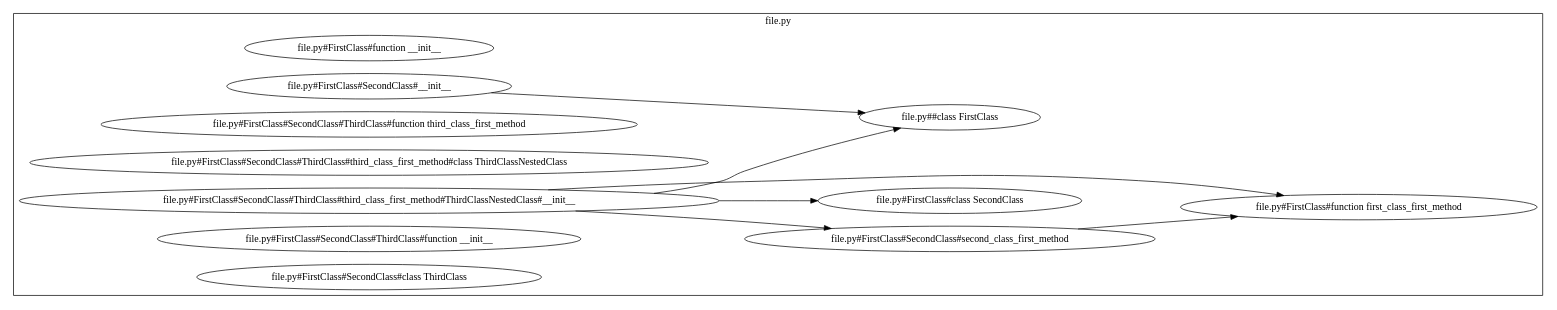
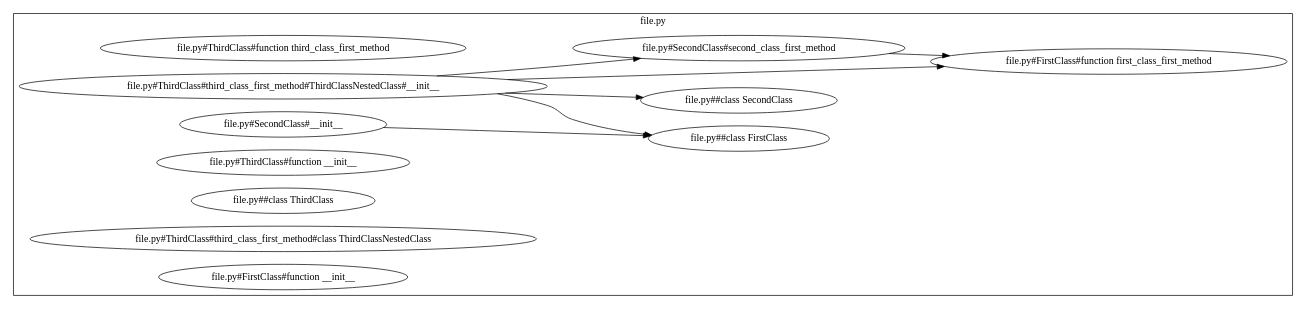
The diagram in examples/one_file/code_blocks.gv (selfint/CodeBlocks), drawn with Graphviz before and after one commit. The commit also changed 19 other files, not shown here.

```diff
--- a/examples/one_file/code_blocks.gv
+++ b/examples/one_file/code_blocks.gv
@@ -1,30 +1,30 @@
 digraph G {
 	graph [rankdir=LR]
 	subgraph "cluster_file.py" {
 		graph [rankdir=LR]
 		graph [label="file.py"]
-		"file.py#FirstClass#SecondClass#second_class_first_method" [label="file.py#FirstClass#SecondClass#function second_class_first_method"]
+		"file.py#ThirdClass#third_class_first_method" [label="file.py#ThirdClass#function third_class_first_method"]
+		"file.py#ThirdClass#third_class_first_method#ThirdClassNestedClass#__init__" [label="file.py#ThirdClass#third_class_first_method#ThirdClassNestedClass#function __init__"]
+		"file.py#SecondClass#__init__" [label="file.py#SecondClass#function __init__"]
+		"file.py#ThirdClass#__init__" [label="file.py#ThirdClass#function __init__"]
+		"file.py##SecondClass" [label="file.py##class SecondClass"]
+		"file.py##ThirdClass" [label="file.py##class ThirdClass"]
+		"file.py##FirstClass" [label="file.py##class FirstClass"]
+		"file.py#ThirdClass#third_class_first_method#ThirdClassNestedClass" [label="file.py#ThirdClass#third_class_first_method#class ThirdClassNestedClass"]
+		"file.py#FirstClass#first_class_first_method" [label="file.py#FirstClass#function first_class_first_method"]
 		"file.py#FirstClass#__init__" [label="file.py#FirstClass#function __init__"]
-		"file.py#FirstClass#SecondClass" [label="file.py#FirstClass#class SecondClass"]
-		"file.py#FirstClass#SecondClass#__init__" [label="file.py#FirstClass#SecondClass#function __init__"]
-		"file.py#FirstClass#first_class_first_method" [label="file.py#FirstClass#function first_class_first_method"]
-		"file.py#FirstClass#SecondClass#ThirdClass#third_class_first_method" [label="file.py#FirstClass#SecondClass#ThirdClass#function third_class_first_method"]
-		"file.py#FirstClass#SecondClass#ThirdClass#third_class_first_method#ThirdClassNestedClass" [label="file.py#FirstClass#SecondClass#ThirdClass#third_class_first_method#class ThirdClassNestedClass"]
-		"file.py#FirstClass#SecondClass#ThirdClass#third_class_first_method#ThirdClassNestedClass#__init__" [label="file.py#FirstClass#SecondClass#ThirdClass#third_class_first_method#ThirdClassNestedClass#function __init__"]
-		"file.py#FirstClass#SecondClass#ThirdClass#__init__" [label="file.py#FirstClass#SecondClass#ThirdClass#function __init__"]
-		"file.py#FirstClass#SecondClass#ThirdClass" [label="file.py#FirstClass#SecondClass#class ThirdClass"]
-		"file.py##FirstClass" [label="file.py##class FirstClass"]
-		"file.py#FirstClass#SecondClass#ThirdClass#third_class_first_method#ThirdClassNestedClass#__init__" [label="file.py#FirstClass#SecondClass#ThirdClass#third_class_first_method#ThirdClassNestedClass#__init__"]
-		"file.py#FirstClass#SecondClass#ThirdClass#third_class_first_method#ThirdClassNestedClass#__init__" [label="file.py#FirstClass#SecondClass#ThirdClass#third_class_first_method#ThirdClassNestedClass#__init__"]
-		"file.py#FirstClass#SecondClass#second_class_first_method" [label="file.py#FirstClass#SecondClass#second_class_first_method"]
-		"file.py#FirstClass#SecondClass#__init__" [label="file.py#FirstClass#SecondClass#__init__"]
-		"file.py#FirstClass#SecondClass#ThirdClass#third_class_first_method#ThirdClassNestedClass#__init__" [label="file.py#FirstClass#SecondClass#ThirdClass#third_class_first_method#ThirdClassNestedClass#__init__"]
-		"file.py#FirstClass#SecondClass#ThirdClass#third_class_first_method#ThirdClassNestedClass#__init__" [label="file.py#FirstClass#SecondClass#ThirdClass#third_class_first_method#ThirdClassNestedClass#__init__"]
+		"file.py#SecondClass#second_class_first_method" [label="file.py#SecondClass#function second_class_first_method"]
+		"file.py#SecondClass#second_class_first_method" [label="file.py#SecondClass#second_class_first_method"]
+		"file.py#ThirdClass#third_class_first_method#ThirdClassNestedClass#__init__" [label="file.py#ThirdClass#third_class_first_method#ThirdClassNestedClass#__init__"]
+		"file.py#ThirdClass#third_class_first_method#ThirdClassNestedClass#__init__" [label="file.py#ThirdClass#third_class_first_method#ThirdClassNestedClass#__init__"]
+		"file.py#SecondClass#__init__" [label="file.py#SecondClass#__init__"]
+		"file.py#ThirdClass#third_class_first_method#ThirdClassNestedClass#__init__" [label="file.py#ThirdClass#third_class_first_method#ThirdClassNestedClass#__init__"]
+		"file.py#ThirdClass#third_class_first_method#ThirdClassNestedClass#__init__" [label="file.py#ThirdClass#third_class_first_method#ThirdClassNestedClass#__init__"]
 	}
-	"file.py#FirstClass#SecondClass#ThirdClass#third_class_first_method#ThirdClassNestedClass#__init__" -> "file.py#FirstClass#SecondClass#second_class_first_method"
-	"file.py#FirstClass#SecondClass#second_class_first_method" -> "file.py#FirstClass#first_class_first_method"
-	"file.py#FirstClass#SecondClass#ThirdClass#third_class_first_method#ThirdClassNestedClass#__init__" -> "file.py#FirstClass#first_class_first_method"
-	"file.py#FirstClass#SecondClass#ThirdClass#third_class_first_method#ThirdClassNestedClass#__init__" -> "file.py#FirstClass#SecondClass"
-	"file.py#FirstClass#SecondClass#ThirdClass#third_class_first_method#ThirdClassNestedClass#__init__" -> "file.py##FirstClass"
-	"file.py#FirstClass#SecondClass#__init__" -> "file.py##FirstClass"
+	"file.py#ThirdClass#third_class_first_method#ThirdClassNestedClass#__init__" -> "file.py#SecondClass#second_class_first_method"
+	"file.py#ThirdClass#third_class_first_method#ThirdClassNestedClass#__init__" -> "file.py##SecondClass"
+	"file.py#SecondClass#second_class_first_method" -> "file.py#FirstClass#first_class_first_method"
+	"file.py#ThirdClass#third_class_first_method#ThirdClassNestedClass#__init__" -> "file.py##FirstClass"
+	"file.py#ThirdClass#third_class_first_method#ThirdClassNestedClass#__init__" -> "file.py#FirstClass#first_class_first_method"
+	"file.py#SecondClass#__init__" -> "file.py##FirstClass"
 }
```
